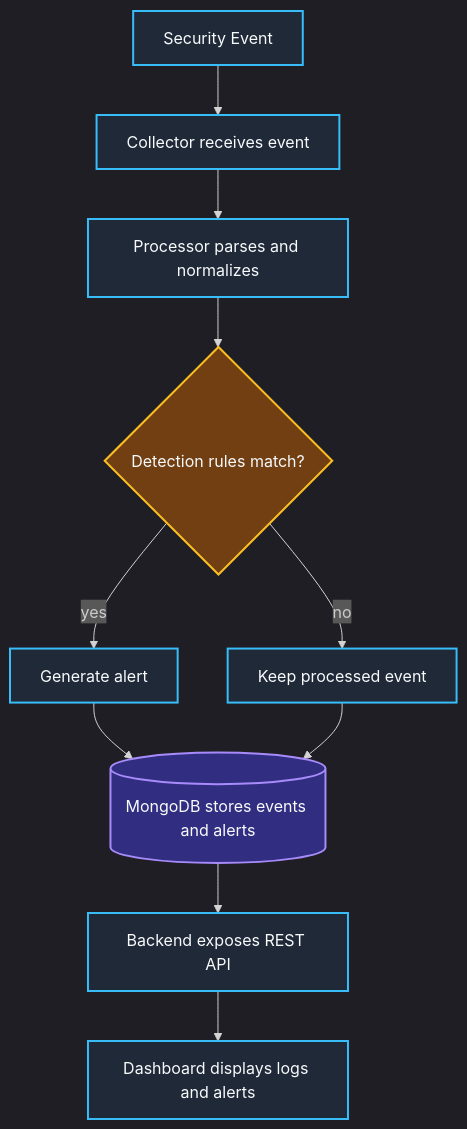
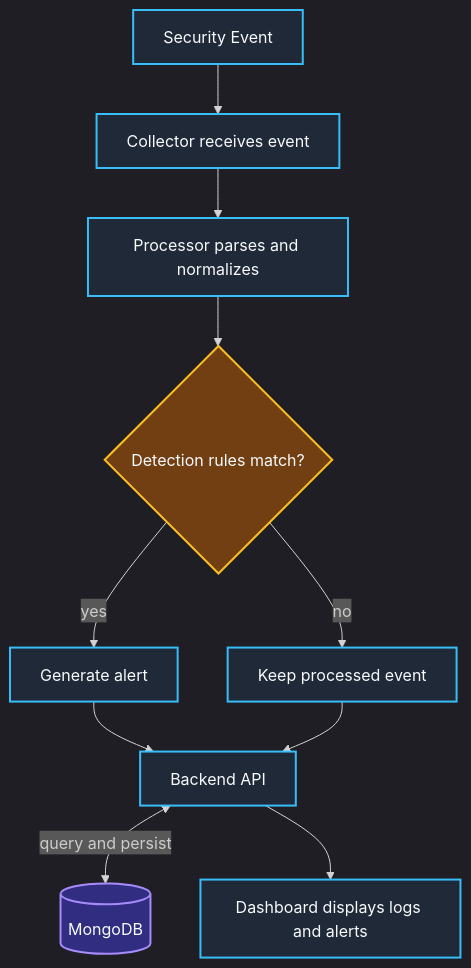
The second of 2 diagrams in docs/architecture/system-overview.md (Ovotron-net/SentinelSIEM), drawn with Mermaid before and after one commit. The commit also changed other lines of this file, not shown here.

Commit message:
Align architecture diagrams with backend persistence

````diff
--- a/docs/architecture/system-overview.md
+++ b/docs/architecture/system-overview.md
@@ -122,20 +122,20 @@
 ```mermaid
 %%{init: {"theme": "dark"}}%%
 flowchart TD
     source[Security Event] --> collector[Collector receives event]
     collector --> processor[Processor parses and normalizes]
     processor --> detection{Detection rules match?}
     detection -->|yes| alert[Generate alert]
     detection -->|no| event[Keep processed event]
-    alert --> storage[(MongoDB stores events and alerts)]
-    event --> storage
-    storage --> api[Backend exposes REST API]
+    alert --> api[Backend API]
+    event --> api
+    api <-->|query and persist| storage[(MongoDB)]
     api --> dashboard[Dashboard displays logs and alerts]
 
     classDef step fill:#1f2937,stroke:#38bdf8,color:#f8fafc,stroke-width:2px
     classDef decision fill:#713f12,stroke:#fbbf24,color:#f8fafc,stroke-width:2px
     classDef storage fill:#312e81,stroke:#a78bfa,color:#f8fafc,stroke-width:2px
     class source,collector,processor,alert,event,api,dashboard step
     class detection decision
     class storage storage
 ```
````
